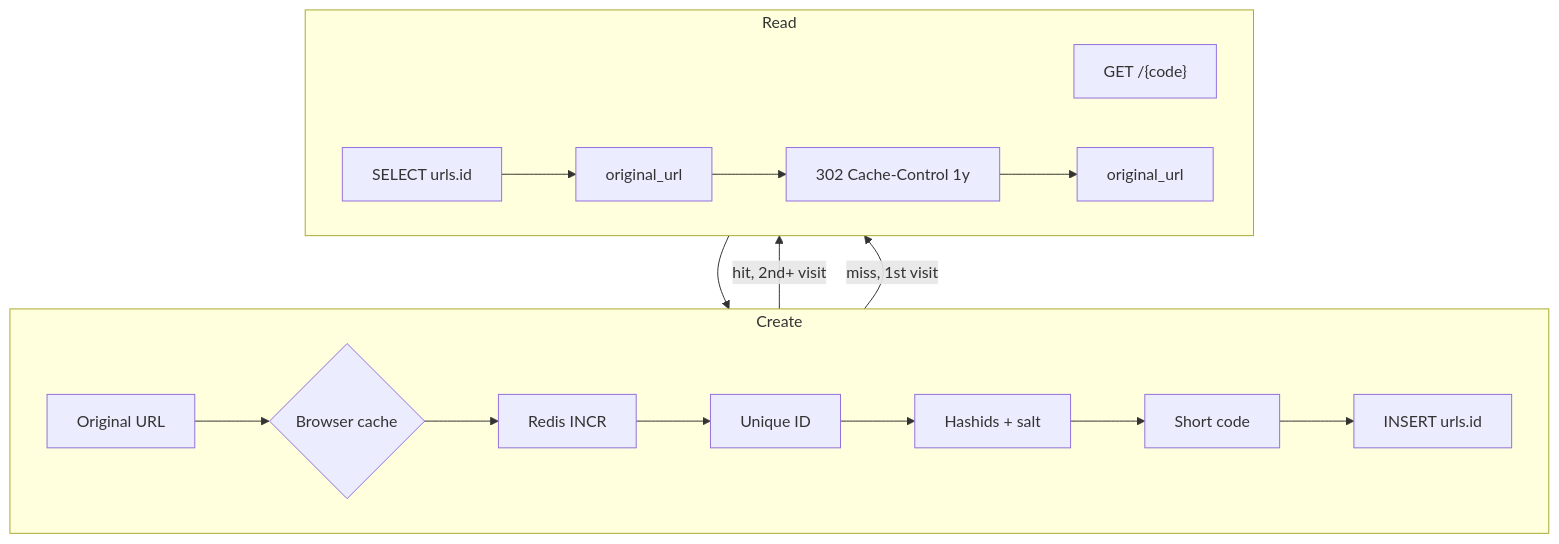
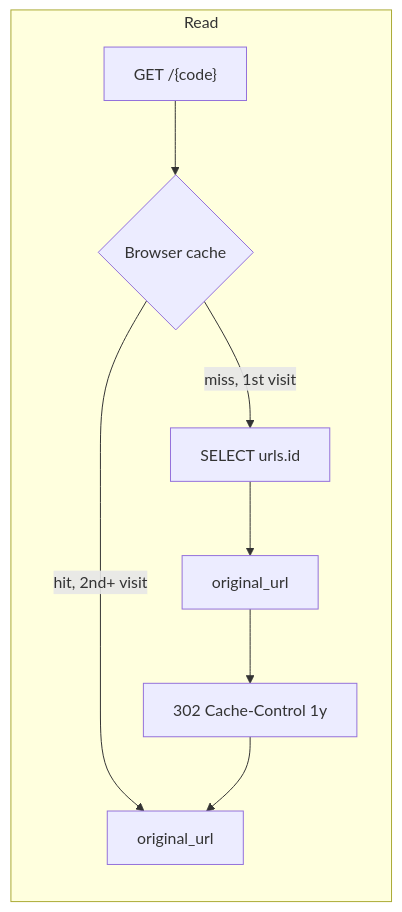
One commit to gianluca-pettenon/url-shortener changed the second of 2 diagrams in README.md. Above: the diagram before and after it, drawn with Mermaid.

````diff
--- a/README.md
+++ b/README.md
@@ -7,22 +19,11 @@
 ```mermaid
-flowchart TB
-    subgraph create["Create"]
-        direction LR
-        A[Original URL] --> B[Validate http/https]
-        B --> C[Redis INCR]
-        C --> D[Unique ID]
-        D --> E[Hashids + salt]
-        E --> F[Short code]
-        F --> G["INSERT urls.id"]
-    end
-
+flowchart LR
     subgraph read["Read"]
-        direction LR
-        H["GET /{code}"] --> B{Browser cache}
-        B -->|hit, 2nd+ visit| R[original_url]
-        B -->|miss, 1st visit| J["SELECT urls.id"]
+        H["GET /{code}"] --> I{Browser cache}
+        I -->|hit, 2nd+ visit| R[original_url]
+        I -->|miss, 1st visit| J["SELECT urls.id"]
         J --> K[original_url]
         K --> L["302 Cache-Control 1y"]
         L --> R
     end
 ```
````
